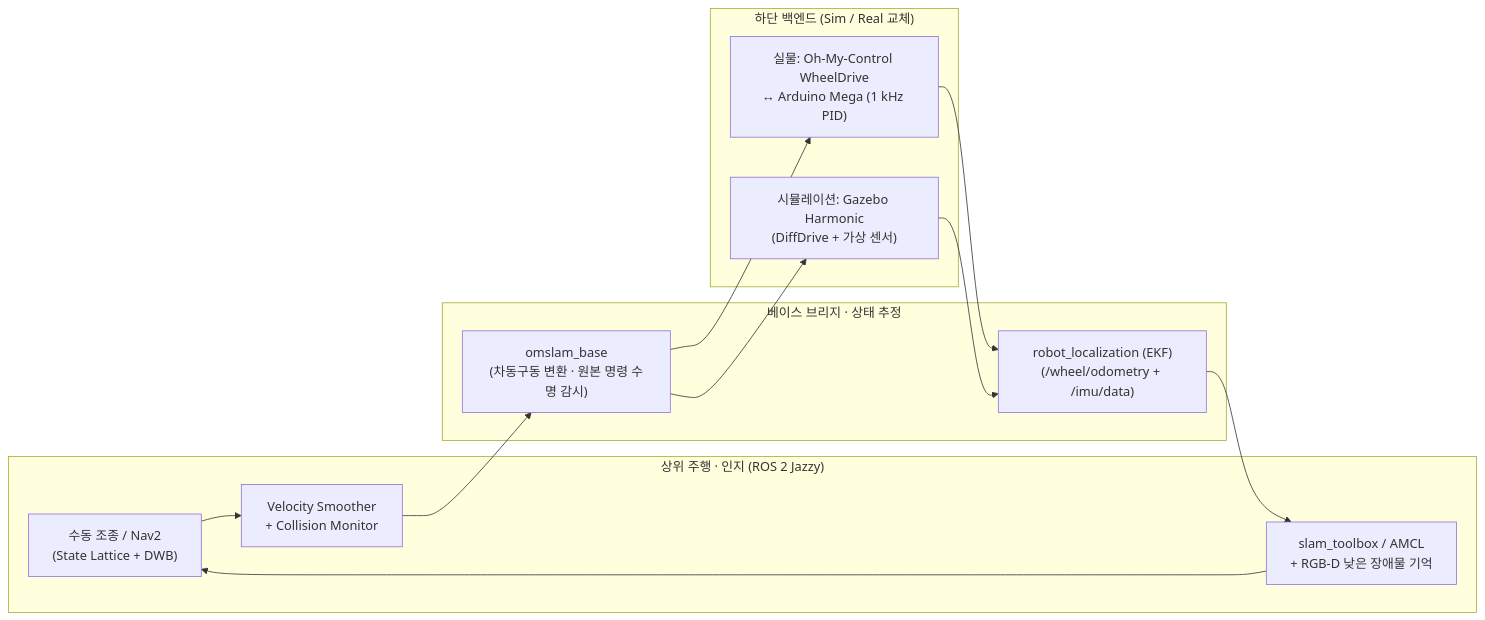
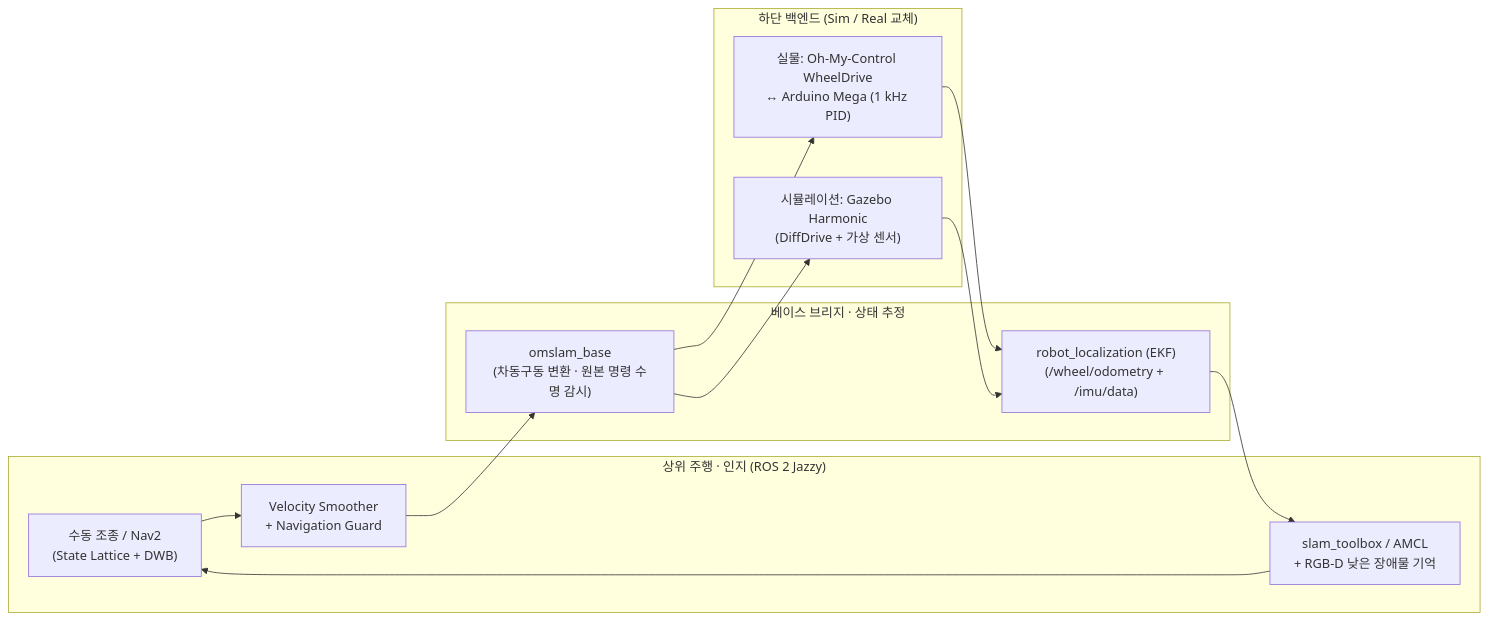
Before and after one commit to Leehyunbin0131/Oh-My-SLAM: the diagram in README.md, drawn with Mermaid. The commit also changed other lines of this file and 11 other files, not shown here.

Commit message:
Align docs with stock Smac, navigation_guard, and 3-70 RPM profile

````diff
--- a/README.md
+++ b/README.md
@@ -49,22 +49,22 @@
 ```mermaid
 flowchart LR
     subgraph Upper["상위 주행 · 인지 (ROS 2 Jazzy)"]
         Nav["수동 조종 / Nav2\n(State Lattice + DWB)"]
-        Safety["Velocity Smoother\n+ Collision Monitor"]
+        Safety["Velocity Smoother\n+ Navigation Guard"]
         SLAM["slam_toolbox / AMCL\n+ RGB-D 낮은 장애물 기억"]
     end
 
     subgraph Bridge["베이스 브리지 · 상태 추정"]
         Base["omslam_base\n(차동구동 변환 · 원본 명령 수명 감시)"]
         EKF["robot_localization (EKF)\n(/wheel/odometry + /imu/data)"]
     end
 
     subgraph Hardware["하단 백엔드 (Sim / Real 교체)"]
         Real["실물: Oh-My-Control WheelDrive\n↔ Arduino Mega (1 kHz PID)"]
         Sim["시뮬레이션: Gazebo Harmonic\n(DiffDrive + 가상 센서)"]
     end
 
     Nav --> Safety --> Base
     Base --> Real & Sim
     Real & Sim --> EKF --> SLAM --> Nav
 ```
````
